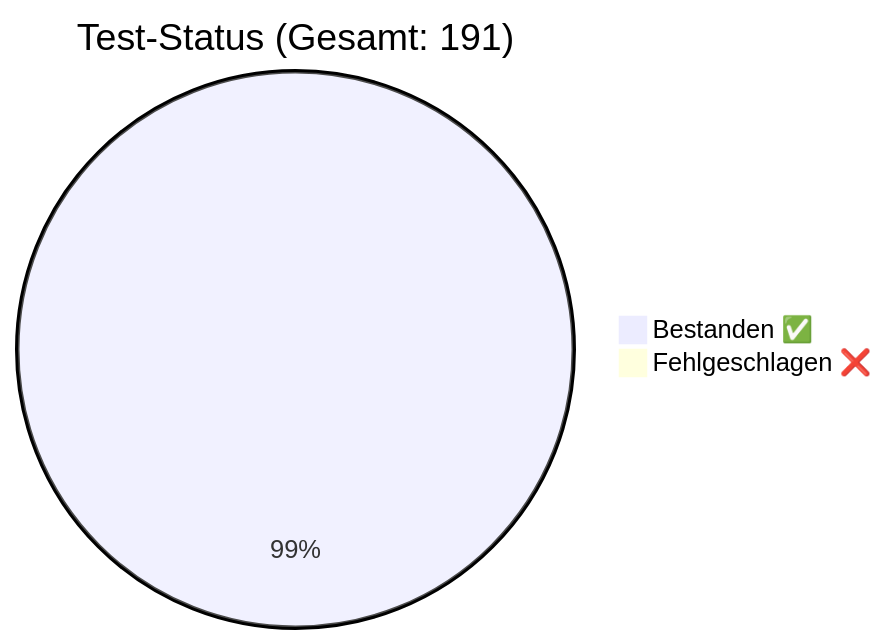
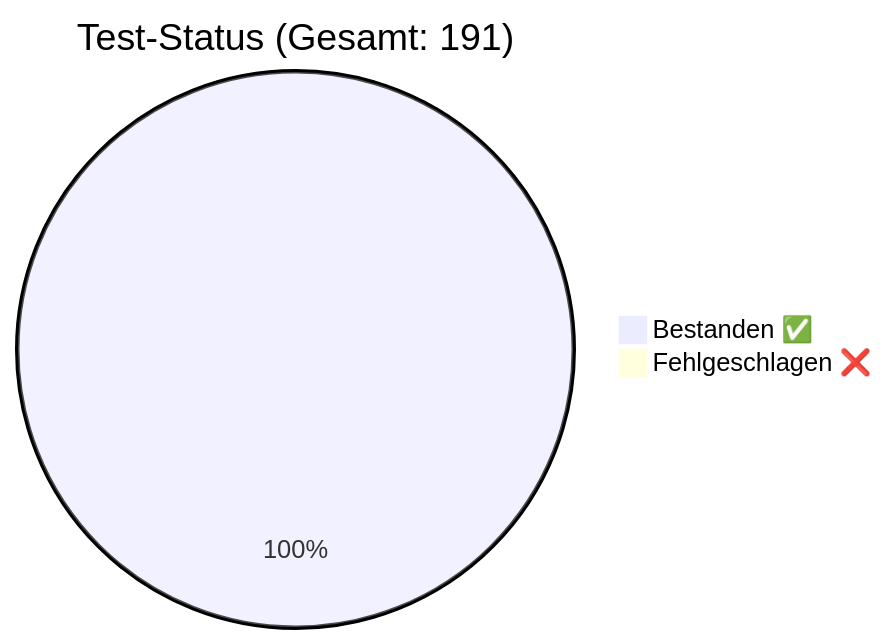
The diagram in docs/QA_Report.md (rorila/GCS), drawn with Mermaid before and after one commit. The commit also changed other lines of this file and 4 other files, not shown here.

````diff
--- a/docs/QA_Report.md
+++ b/docs/QA_Report.md
@@ -7,5 +7,5 @@
 ```mermaid
 pie title Test-Status (Gesamt: 191)
-    "Bestanden ✅" : 190
-    "Fehlgeschlagen ❌" : 1
+    "Bestanden ✅" : 191
+    "Fehlgeschlagen ❌" : 0
 ```
````
